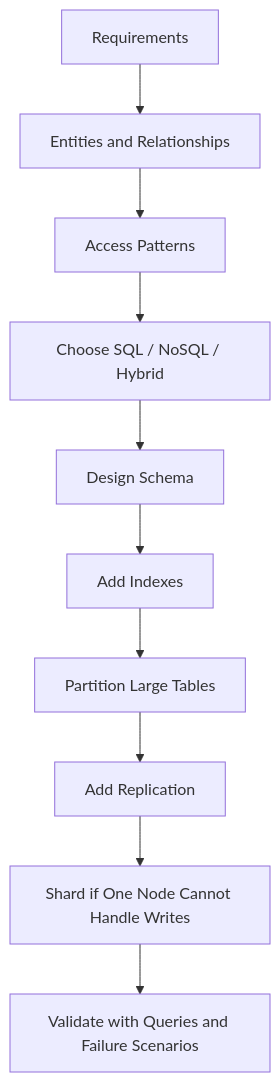
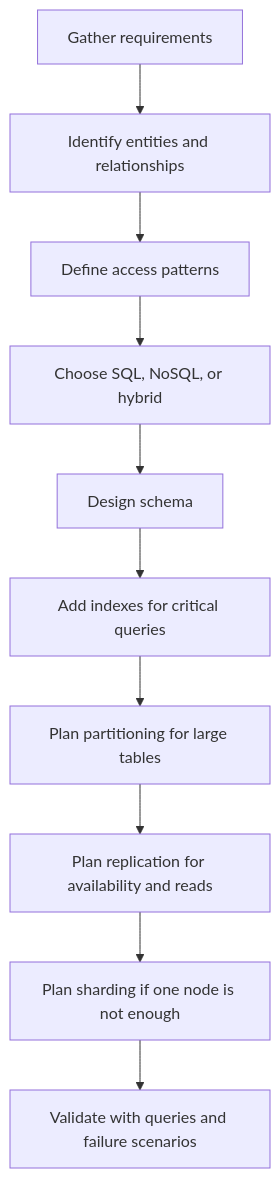
The first of 19 diagrams in HLD_NOTES/003_TECHNOLOGY_DEEP_DIVE/rdbms/database_v2.md (mthaiseer/springcloud-systemdesign-notes), drawn with Mermaid before and after one commit. The commit also changed other lines of this file, not shown here.

````diff
--- a/HLD_NOTES/003_TECHNOLOGY_DEEP_DIVE/rdbms/database_v2.md
+++ b/HLD_NOTES/003_TECHNOLOGY_DEEP_DIVE/rdbms/database_v2.md
@@ -51,12 +52,12 @@
 ```mermaid
 flowchart TD
-    A[Requirements] --> B[Entities and Relationships]
-    B --> C[Access Patterns]
-    C --> D[Choose SQL / NoSQL / Hybrid]
-    D --> E[Design Schema]
-    E --> F[Add Indexes]
-    F --> G[Partition Large Tables]
-    G --> H[Add Replication]
-    H --> I[Shard if One Node Cannot Handle Writes]
-    I --> J[Validate with Queries and Failure Scenarios]
+    A[Gather requirements] --> B[Identify entities and relationships]
+    B --> C[Define access patterns]
+    C --> D[Choose SQL, NoSQL, or hybrid]
+    D --> E[Design schema]
+    E --> F[Add indexes for critical queries]
+    F --> G[Plan partitioning for large tables]
+    G --> H[Plan replication for availability and reads]
+    H --> I[Plan sharding if one node is not enough]
+    I --> J[Validate with queries and failure scenarios]
 ```
````
